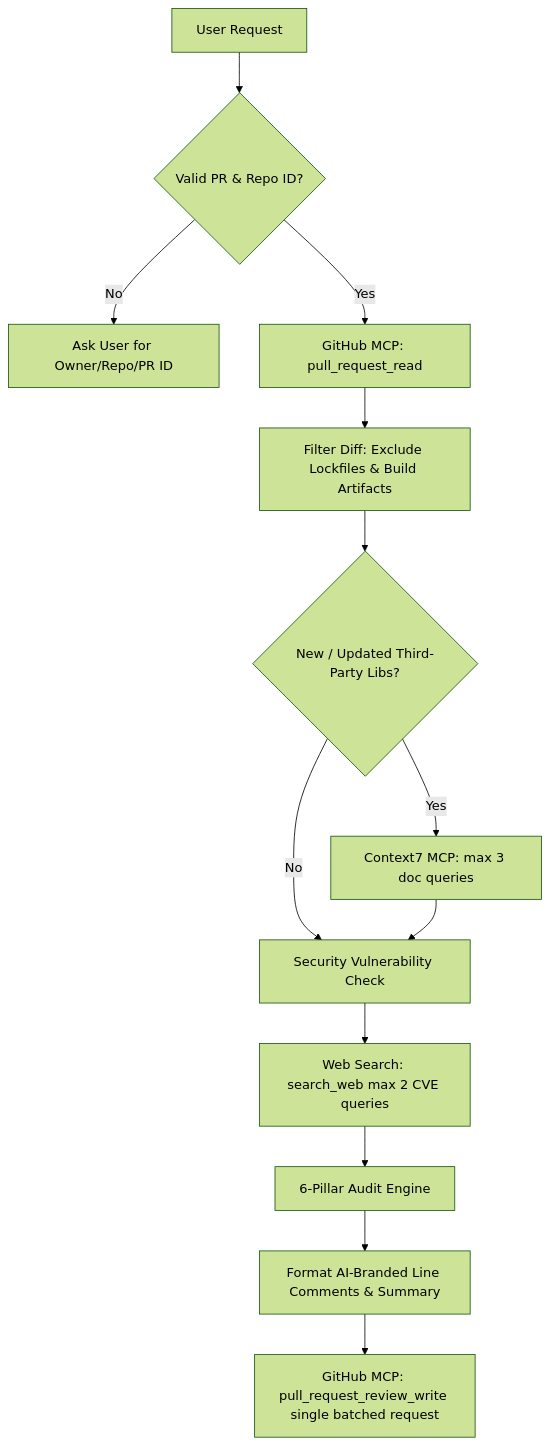
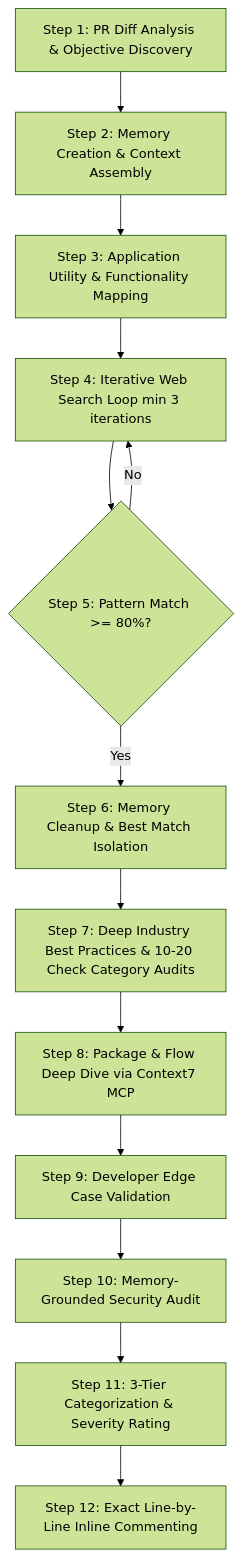
The diagram in .agents/skills/pr-review/SKILL.md (PlanItNew/ClassRoom-be), drawn with Mermaid (forest theme) before and after one commit. The commit also changed other lines of this file and 3 other files, not shown here.

````diff
--- a/.agents/skills/pr-review/SKILL.md
+++ b/.agents/skills/pr-review/SKILL.md
@@ -72,15 +32,15 @@
 ```mermaid
 graph TD
-    A[User Request] --> B{Valid PR & Repo ID?}
-    B -- No --> C[Ask User for Owner/Repo/PR ID]
-    B -- Yes --> D[GitHub MCP: pull_request_read]
-    D --> E[Filter Diff: Exclude Lockfiles & Build Artifacts]
-    E --> F{New / Updated Third-Party Libs?}
-    F -- Yes --> G[Context7 MCP: max 3 doc queries]
-    F -- No --> H[Security Vulnerability Check]
-    G --> H
-    H --> I[Web Search: search_web max 2 CVE queries]
-    I --> J[6-Pillar Audit Engine]
-    J --> K[Format AI-Branded Line Comments & Summary]
-    K --> L[GitHub MCP: pull_request_review_write single batched request]
+    S1[Step 1: PR Diff Analysis & Objective Discovery] --> S2[Step 2: Memory Creation & Context Assembly]
+    S2 --> S3[Step 3: Application Utility & Functionality Mapping]
+    S3 --> S4[Step 4: Iterative Web Search Loop min 3 iterations]
+    S4 --> S5{Step 5: Pattern Match >= 80%?}
+    S5 -- No --> S4
+    S5 -- Yes --> S6[Step 6: Memory Cleanup & Best Match Isolation]
+    S6 --> S7[Step 7: Deep Industry Best Practices & 10-20 Check Category Audits]
+    S7 --> S8[Step 8: Package & Flow Deep Dive via Context7 MCP]
+    S8 --> S9[Step 9: Developer Edge Case Validation]
+    S9 --> S10[Step 10: Memory-Grounded Security Audit]
+    S10 --> S11[Step 11: 3-Tier Categorization & Severity Rating]
+    S11 --> S12[Step 12: Exact Line-by-Line Inline Commenting]
 ```
````
